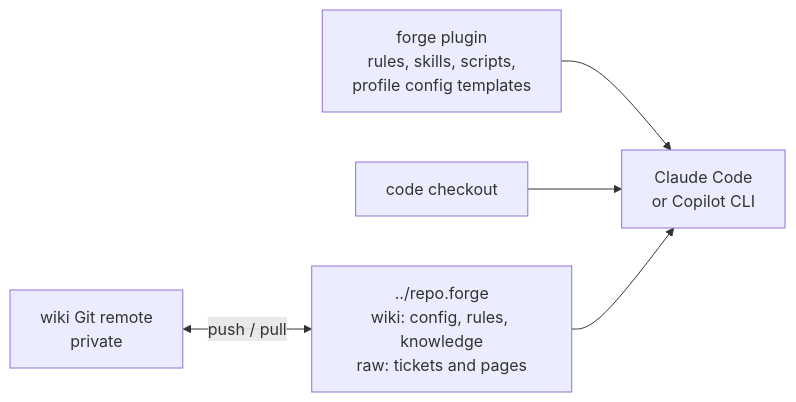
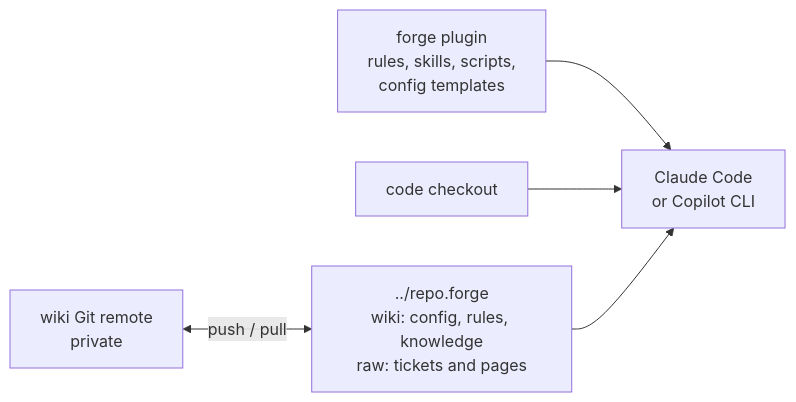
Before and after one commit to alexradunet/forge-engineering: the first of 3 diagrams in README.md, drawn with Mermaid. The commit also changed other lines of this file and 11 other files, not shown here.

````diff
--- a/README.md
+++ b/README.md
@@ -20,7 +12,7 @@
 ```mermaid
 flowchart LR
-  plugin["forge plugin<br/>rules, skills, scripts,<br/>profile config templates"] --> host["Claude Code<br/>or Copilot CLI"]
+  plugin["forge plugin<br/>rules, skills, scripts,<br/>config templates"] --> host["Claude Code<br/>or Copilot CLI"]
   repo["code checkout"] --> host
   wiki["../repo.forge<br/>wiki: config, rules, knowledge<br/>raw: tickets and pages"] --> host
   shared["wiki Git remote<br/>private"] <-->|push / pull| wiki
 ```
````
